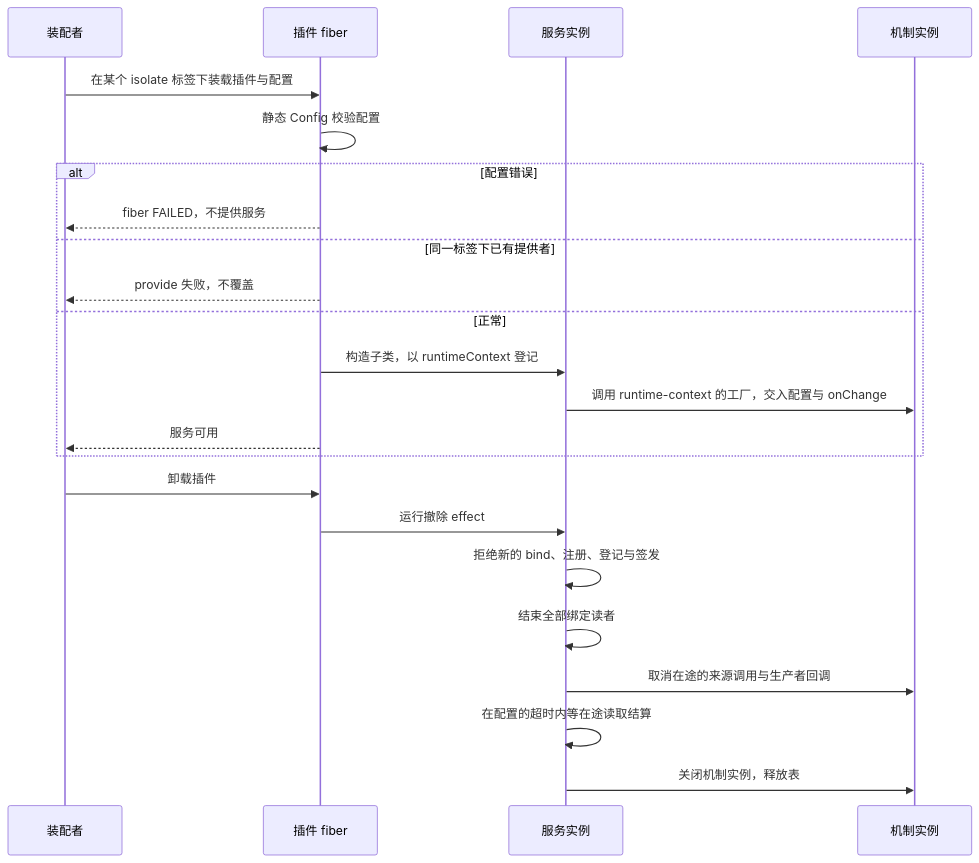
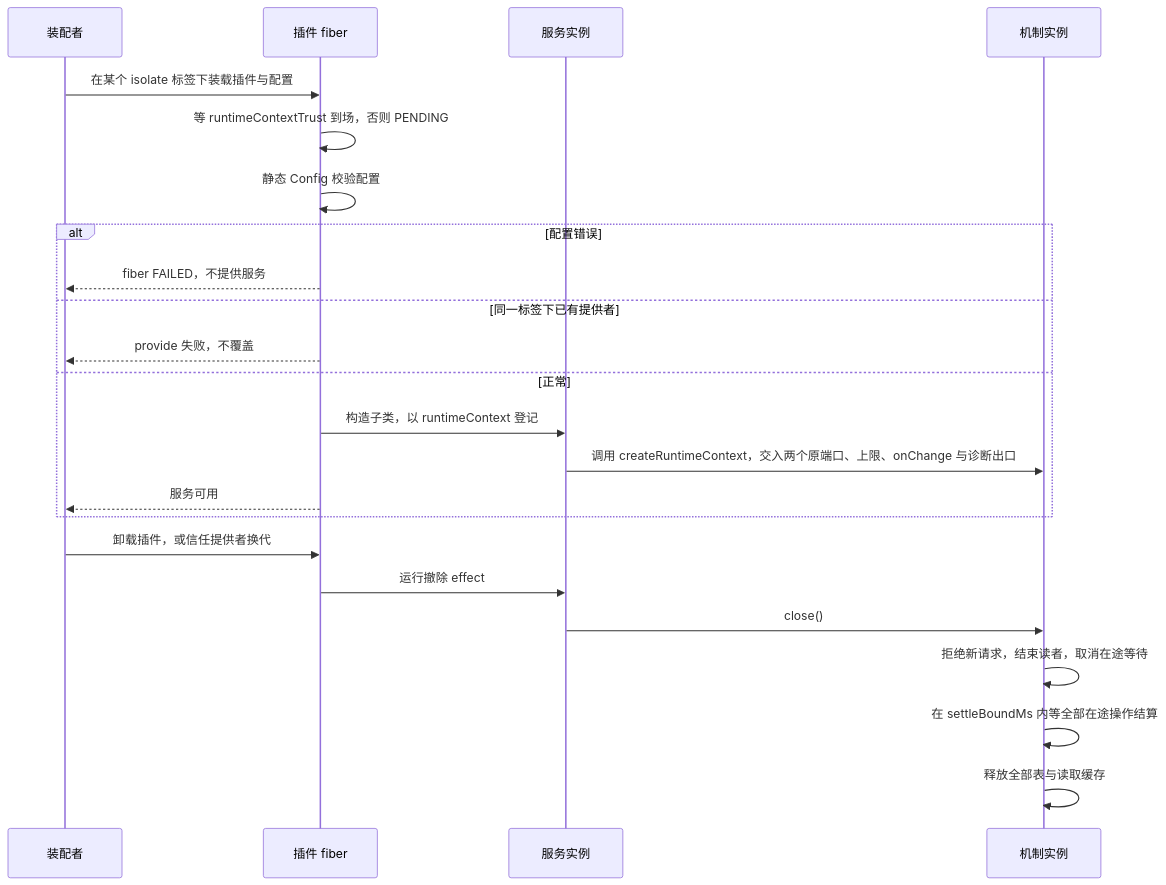
One commit to nemori-ai/omne-harness-lite changed the first of 3 diagrams in packages/context/runtime-context-cordis/docs/flows.md. Above: the diagram before and after it, drawn with Mermaid. The commit also changed other lines of this file and 26 other files, not shown here.

First line of the commit message:
docs(runtime-context): 机制与 CX-01 服务按实现落字：SPEC、docs、README 与目录导航（#502）

````diff
--- a/packages/context/runtime-context-cordis/docs/flows.md
+++ b/packages/context/runtime-context-cordis/docs/flows.md
@@ -13,25 +13,25 @@
 ```mermaid
 sequenceDiagram
   participant A as 装配者
   participant F as 插件 fiber
   participant S as 服务实例
   participant M as 机制实例
   A->>F: 在某个 isolate 标签下装载插件与配置
+  F->>F: 等 runtimeContextTrust 到场，否则 PENDING
   F->>F: 静态 Config 校验配置
   alt 配置错误
     F-->>A: fiber FAILED，不提供服务
   else 同一标签下已有提供者
     F-->>A: provide 失败，不覆盖
   else 正常
     F->>S: 构造子类，以 runtimeContext 登记
-    S->>M: 调用 runtime-context 的工厂，交入配置与 onChange
+    S->>M: 调用 createRuntimeContext，交入两个原端口、上限、onChange 与诊断出口
     F-->>A: 服务可用
   end
-  A->>F: 卸载插件
+  A->>F: 卸载插件，或信任提供者换代
   F->>S: 运行撤除 effect
-  S->>S: 拒绝新的 bind、注册、登记与签发
-  S->>S: 结束全部绑定读者
-  S->>M: 取消在途的来源调用与生产者回调
-  S->>S: 在配置的超时内等在途读取结算
-  S->>M: 关闭机制实例，释放表
+  S->>M: close()
+  M->>M: 拒绝新请求，结束读者，取消在途等待
+  M->>M: 在 settleBoundMs 内等全部在途操作结算
+  M->>M: 释放全部表与读取缓存
 ```
````
